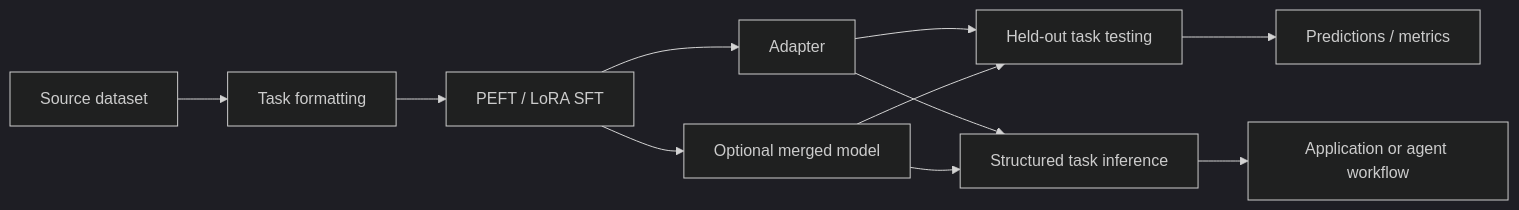
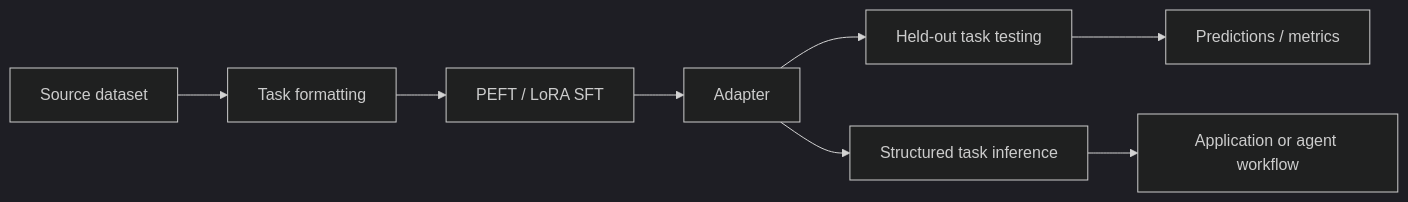
One commit to plandes/lmtask changed the diagram in README.md. Above: the diagram before and after it, drawn with Mermaid (dark theme).

````diff
--- a/README.md
+++ b/README.md
@@ -28,13 +28,10 @@
 ```mermaid
 flowchart LR
     A[Source dataset] --> B[Task formatting]
     B --> C[PEFT / LoRA SFT]
     C --> D[Adapter]
-    C --> E[Optional merged model]
-    D --> F[Held-out task testing]
-    E --> F
-    F --> G[Predictions / metrics]
-    D --> H[Structured task inference]
-    E --> H
-    H --> I[Application or agent workflow]
+    D --> E[Held-out task testing]
+    E --> F[Predictions / metrics]
+    D --> G[Structured task inference]
+    G --> H[Application or agent workflow]
 ```
````
